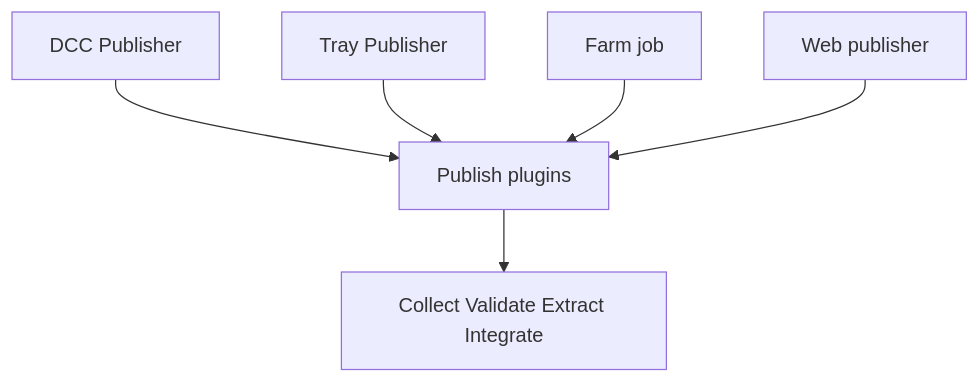
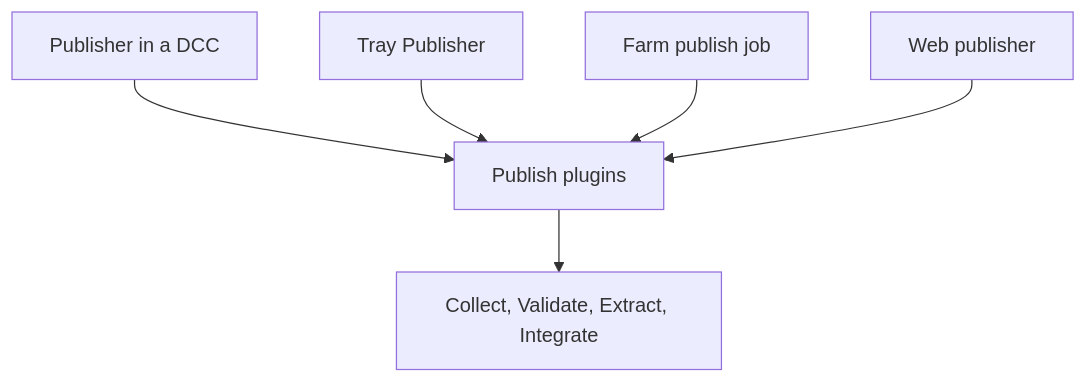
Before and after one commit to ynput/ayon-documentation: the diagram in website/docs/pipeline/publishing.md, drawn with Mermaid. The commit also changed other lines of this file and 221 other files, not shown here.

````diff
--- a/website/docs/pipeline/publishing.md
+++ b/website/docs/pipeline/publishing.md
@@ -97,8 +122,8 @@
 ```mermaid
 flowchart TB
-  A[DCC Publisher] --> P[Publish plugins]
+  A[Publisher in a DCC] --> P[Publish plugins]
   B[Tray Publisher] --> P
-  C[Farm job] --> P
+  C[Farm publish job] --> P
   D[Web publisher] --> P
-  P --> S[Collect Validate Extract Integrate]
+  P --> S[Collect, Validate, Extract, Integrate]
 ```
````
